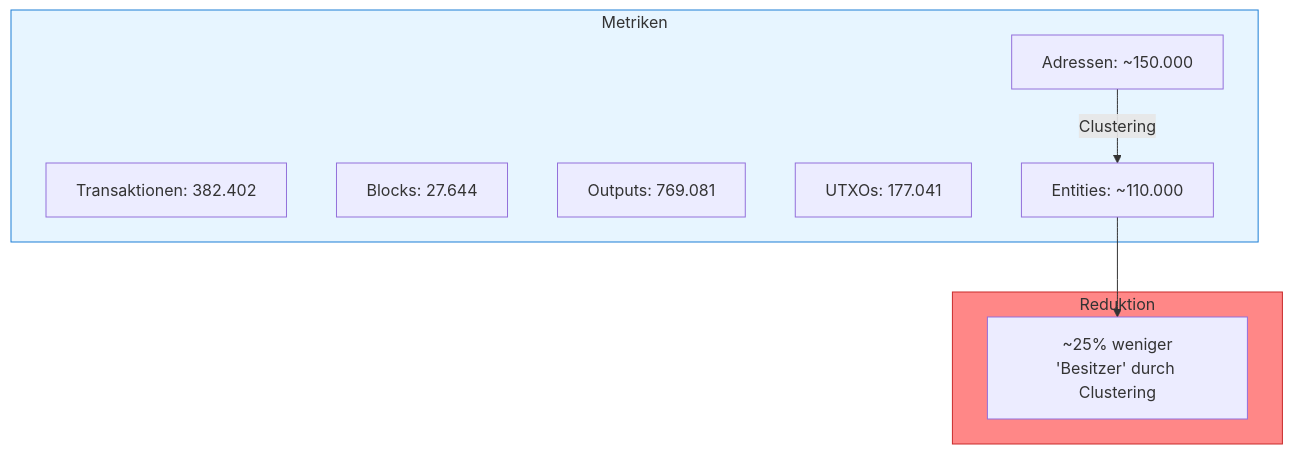
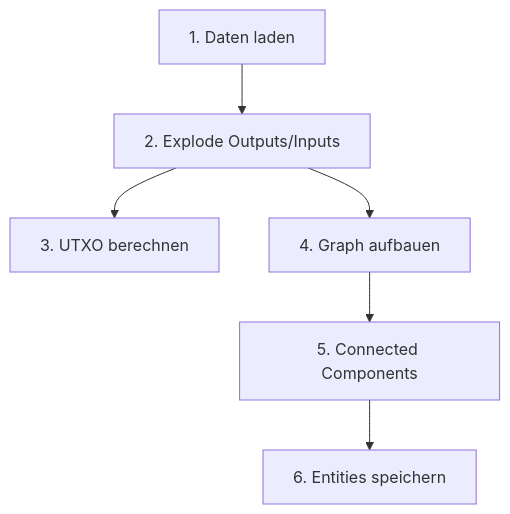
One commit to RomanRnlt/bitcoin-whale-intelligence changed the second of 4 diagrams in docs/NOTEBOOK_WORKFLOW.md. Above: the diagram before and after it, drawn with Mermaid. The commit also changed other lines of this file and 4 other files, not shown here.

````diff
--- a/docs/NOTEBOOK_WORKFLOW.md
+++ b/docs/NOTEBOOK_WORKFLOW.md
@@ -129,21 +48,8 @@
 ```mermaid
 flowchart TB
-    subgraph metrics["Metriken"]
-        M1["Transaktionen: 382.402"]
-        M2["Blocks: 27.644"]
-        M3["Outputs: 769.081"]
-        M4["UTXOs: 177.041"]
-        M5["Adressen: ~150.000"]
-        M6["Entities: ~110.000"]
-    end
-
-    subgraph reduction["Reduktion"]
-        R["~25% weniger<br/>'Besitzer' durch Clustering"]
-    end
-
-    M5 --> |"Clustering"| M6
-    M6 --> R
-
-    style metrics fill:#e7f5ff,stroke:#1c7ed6
-    style reduction fill:#ff8787,stroke:#c92a2a
+    LOAD["1. Daten laden"] --> ETL["2. Explode Outputs/Inputs"]
+    ETL --> UTXO["3. UTXO berechnen"]
+    ETL --> GRAPH["4. Graph aufbauen"]
+    GRAPH --> CC["5. Connected Components"]
+    CC --> SAVE["6. Entities speichern"]
 ```
````
